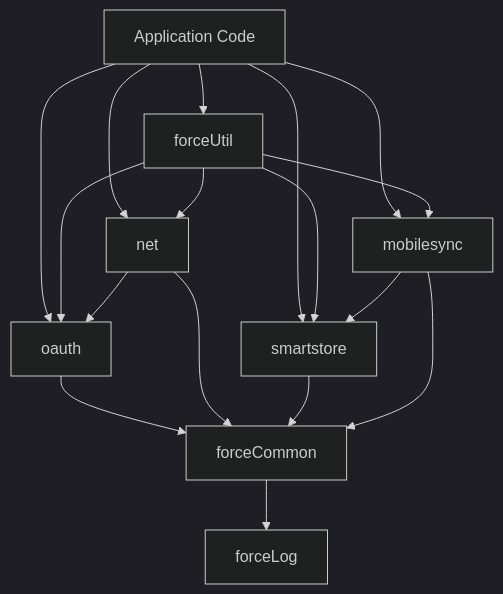
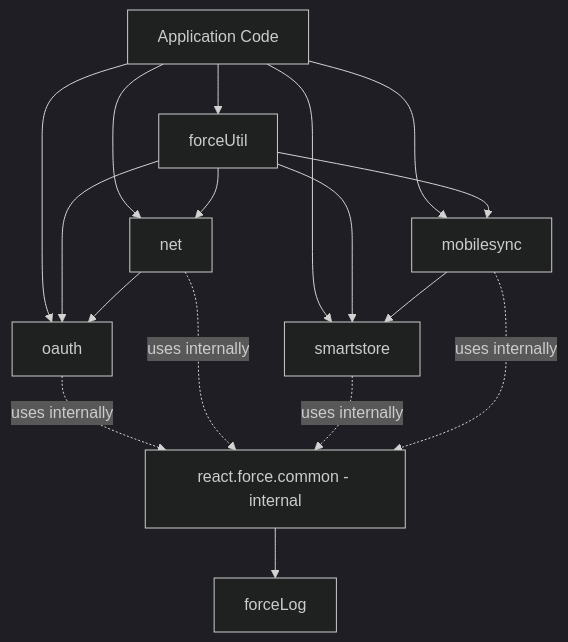
Before and after one commit to forcedotcom/SalesforceMobileSDK-ReactNative: the diagram in docs/javascript/README.md, drawn with Mermaid (dark theme). The commit also changed other lines of this file and 4 other files, not shown here.

````diff
--- a/docs/javascript/README.md
+++ b/docs/javascript/README.md
@@ -33,23 +35,23 @@
 ```mermaid
 graph TB
     A[Application Code] --> B[oauth]
     A --> C[net]
     A --> D[smartstore]
     A --> E[mobilesync]
     A --> F[forceUtil]
     
-    B --> G[forceCommon]
-    C --> G
-    D --> G
-    E --> G
-    
+    B -.uses internally.-> G[react.force.common - internal]
+    C -.uses internally.-> G
+    D -.uses internally.-> G
+    E -.uses internally.-> G
+
     G --> H[forceLog]
-    
+
     F --> B
     F --> C
     F --> D
     F --> E
-    
+
     E --> D
     C --> B
 ```
````
